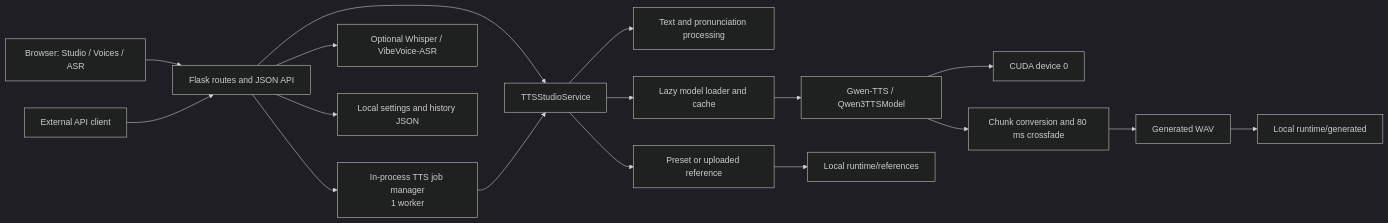
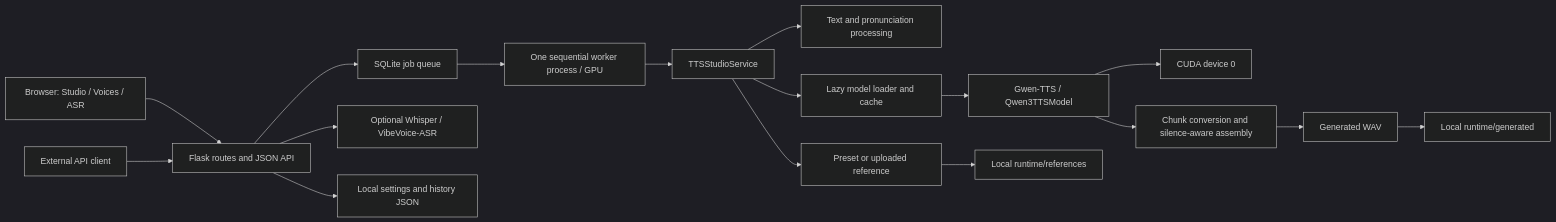
One commit to sin0235/vietnamese-tts-studio changed the first of 2 diagrams in README.en.md. Above: the diagram before and after it, drawn with Mermaid (dark theme). The commit also changed other lines of this file and 4 other files, not shown here.

Commit message:
docs: document TTS pipeline and GPU queue

````diff
--- a/README.en.md
+++ b/README.en.md
@@ -49,22 +49,22 @@
 ```mermaid
 flowchart LR
     Browser[Browser: Studio / Voices / ASR] --> Flask[Flask routes and JSON API]
     API[External API client] --> Flask
 
-    Flask --> Jobs[In-process TTS job manager<br/>1 worker]
-    Flask --> Service[TTSStudioService]
-    Jobs --> Service
+    Flask --> Jobs[SQLite job queue]
+    Jobs --> Workers[One sequential worker process / GPU]
+    Workers --> Service[TTSStudioService]
 
     Service --> Text[Text and pronunciation processing]
     Service --> Voice[Preset or uploaded reference]
     Service --> Loader[Lazy model loader and cache]
     Loader --> Gwen[Gwen-TTS / Qwen3TTSModel]
     Gwen --> CUDA[CUDA device 0]
-    Gwen --> Audio[Chunk conversion and 80 ms crossfade]
+    Gwen --> Audio[Chunk conversion and silence-aware assembly]
     Audio --> WAV[Generated WAV]
 
     Flask --> ASR[Optional Whisper / VibeVoice-ASR]
     Flask --> JSON[Local settings and history JSON]
     Voice --> Runtime[Local runtime/references]
     WAV --> Generated[Local runtime/generated]
 ```
````
